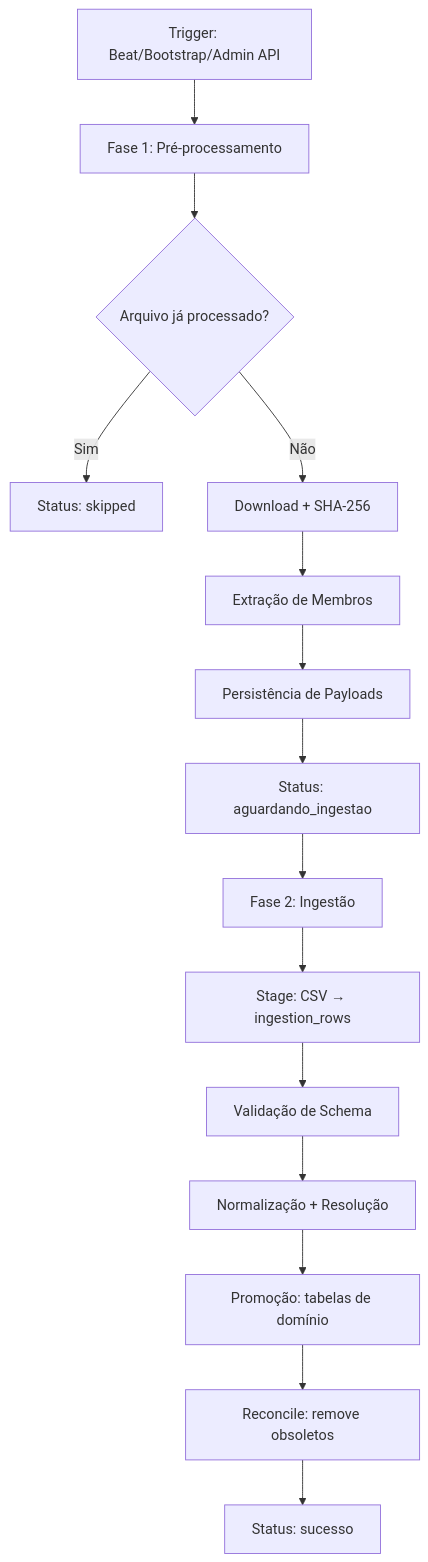
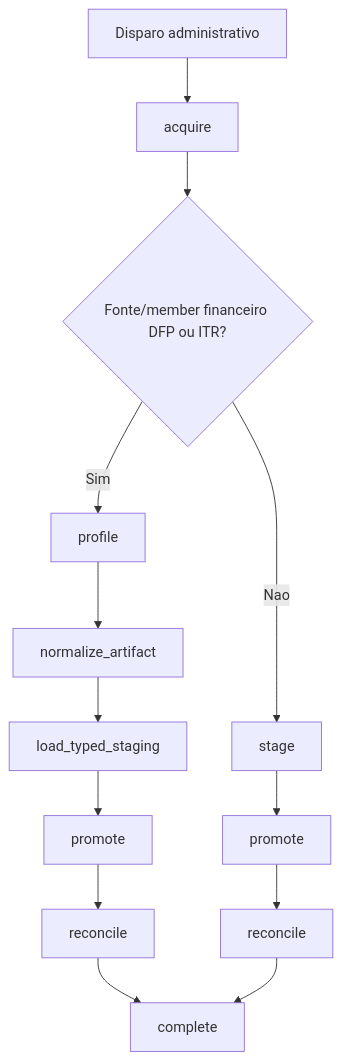
The first of 2 diagrams in docusaurus/docs/concepts/ingestion-pipeline.md (JoseLArantes/cvm.tucano), drawn with Mermaid before and after one commit. The commit also changed other lines of this file and 108 other files, not shown here.

````diff
--- a/docusaurus/docs/concepts/ingestion-pipeline.md
+++ b/docusaurus/docs/concepts/ingestion-pipeline.md
@@ -16,17 +19,15 @@
 ```mermaid
-graph TD
-    A["Trigger: Beat/Bootstrap/Admin API"] --> B["Fase 1: Pré-processamento"]
-    B --> C{"Arquivo já processado?"}
-    C -->|Sim| D["Status: skipped"]
-    C -->|Não| E["Download + SHA-256"]
-    E --> F["Extração de Membros"]
-    F --> G["Persistência de Payloads"]
-    G --> H["Status: aguardando_ingestao"]
-    H --> I["Fase 2: Ingestão"]
-    I --> J["Stage: CSV → ingestion_rows"]
-    J --> K["Validação de Schema"]
-    K --> L["Normalização + Resolução"]
-    L --> M["Promoção: tabelas de domínio"]
-    M --> N["Reconcile: remove obsoletos"]
-    N --> O["Status: sucesso"]
+flowchart TD
+    A["Disparo administrativo"] --> B["acquire"]
+    B --> C{"Fonte/member financeiro DFP ou ITR?"}
+    C -->|Sim| D["profile"]
+    D --> E["normalize_artifact"]
+    E --> F["load_typed_staging"]
+    F --> G["promote"]
+    G --> H["reconcile"]
+    H --> I["complete"]
+    C -->|Nao| J["stage"]
+    J --> K["promote"]
+    K --> L["reconcile"]
+    L --> I
 ```
````
